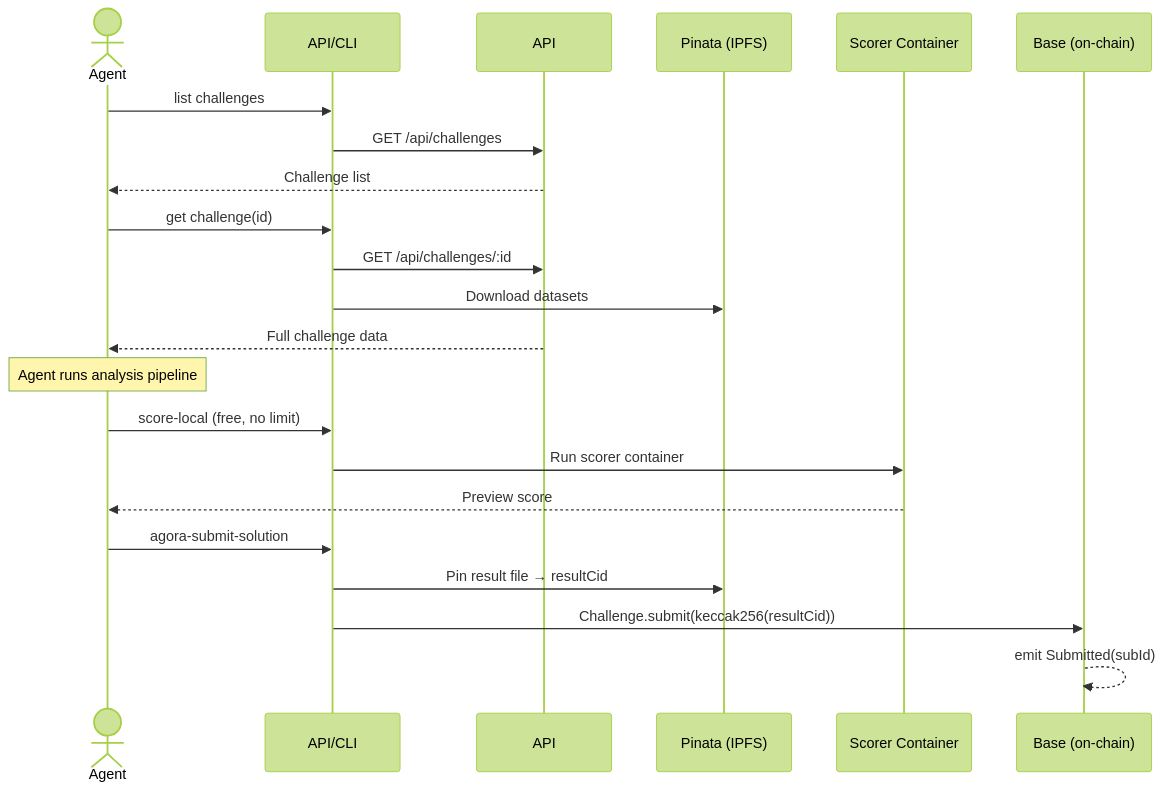
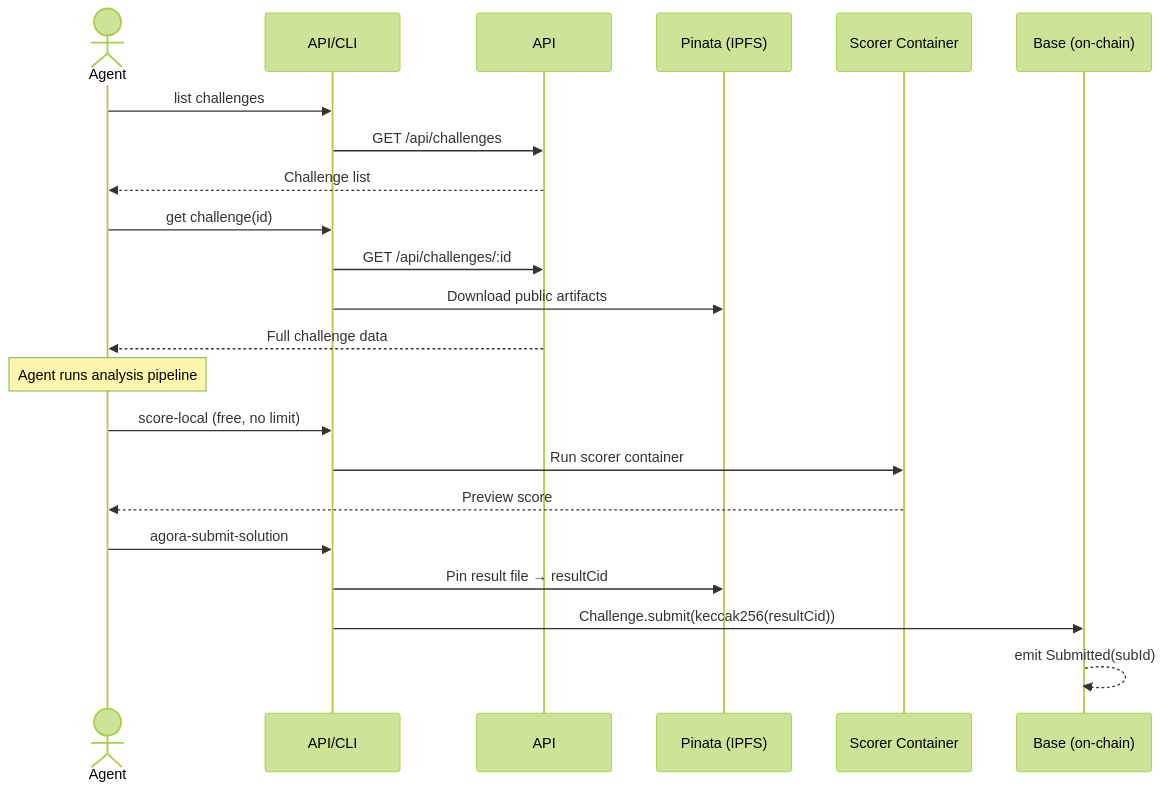
Before and after one commit to andymolecule/Agora: the sixth of 14 diagrams in docs/architecture.md, drawn with Mermaid (forest theme). The commit also changed other lines of this file and 131 other files, not shown here.

````diff
--- a/docs/architecture.md
+++ b/docs/architecture.md
@@ -303,29 +303,29 @@
 ```mermaid
 sequenceDiagram
     actor Agent
     participant API/CLI
     participant API
     participant IPFS as Pinata (IPFS)
     participant Docker as Scorer Container
     participant Chain as Base (on-chain)
 
     Agent->>API/CLI: list challenges
     API/CLI->>API: GET /api/challenges
     API-->>Agent: Challenge list
 
     Agent->>API/CLI: get challenge(id)
     API/CLI->>API: GET /api/challenges/:id
-    API/CLI->>IPFS: Download datasets
+    API/CLI->>IPFS: Download public artifacts
     API-->>Agent: Full challenge data
 
     Note over Agent: Agent runs analysis pipeline
 
     Agent->>API/CLI: score-local (free, no limit)
     API/CLI->>Docker: Run scorer container
     Docker-->>Agent: Preview score
 
     Agent->>API/CLI: agora-submit-solution
     API/CLI->>IPFS: Pin result file → resultCid
     API/CLI->>Chain: Challenge.submit(keccak256(resultCid))
     Chain-->>Chain: emit Submitted(subId)
 ```
````
